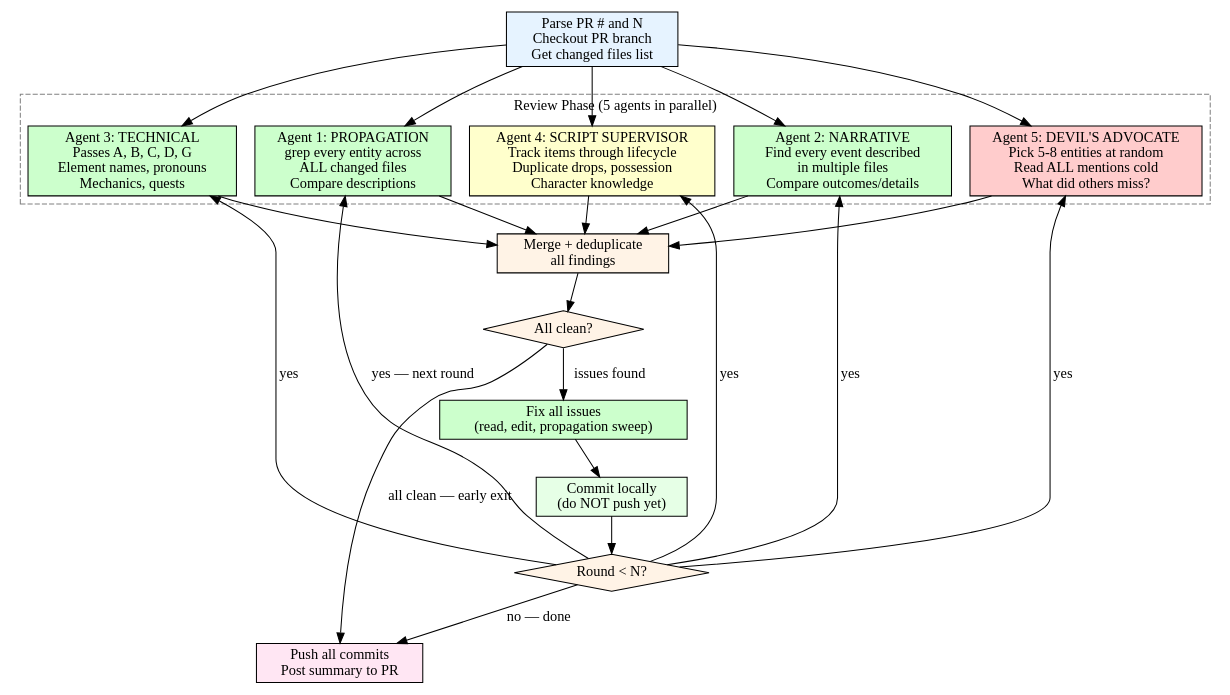
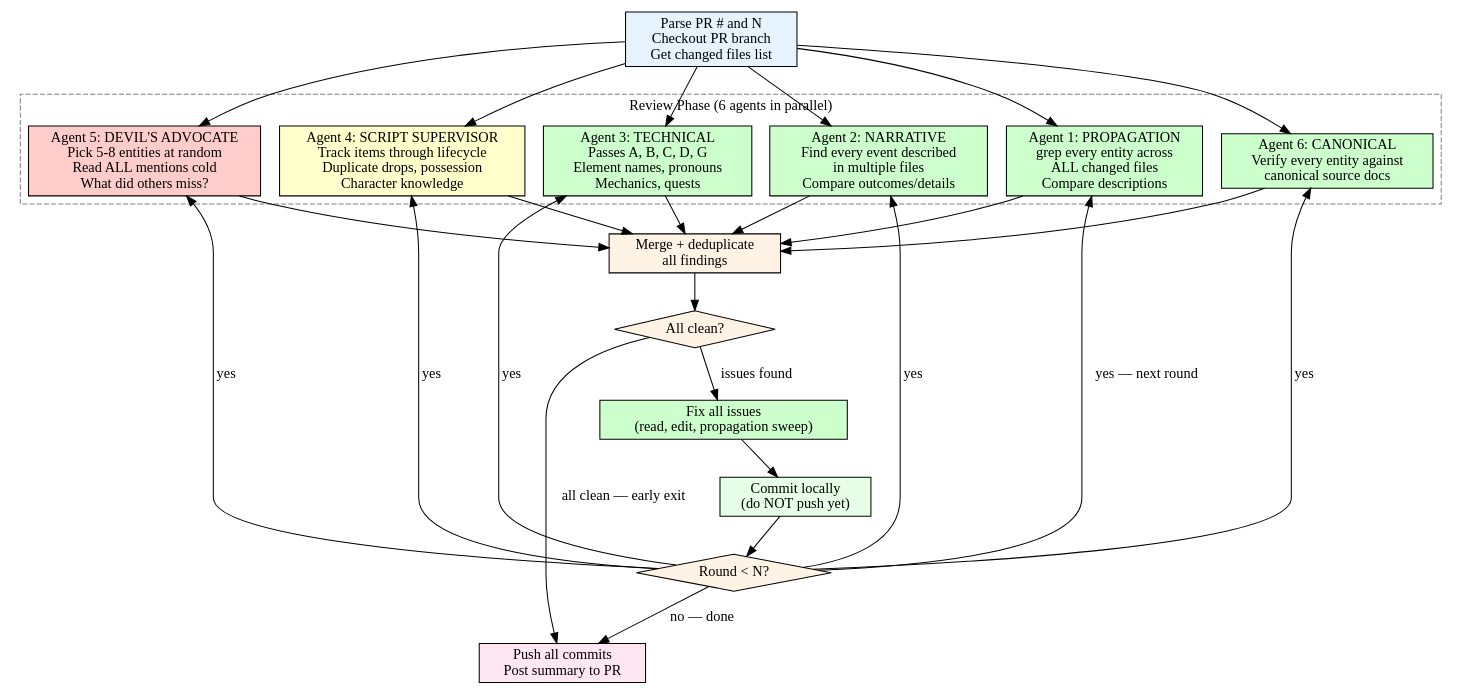
Before and after one commit to gcko/pendulum-of-despair: the diagram in .claude/skills/story-review-loop/SKILL.md, drawn with Graphviz. The commit also changed other lines of this file, not shown here.

First line of the commit message:
refactor(shared): slim story-review-loop SKILL.md to orchestrator

````diff
--- a/.claude/skills/story-review-loop/SKILL.md
+++ b/.claude/skills/story-review-loop/SKILL.md
@@ -68,49 +61,53 @@
 ```dot
 digraph review_loop {
     rankdir=TB;
     node [shape=box, style=filled, fillcolor=lightblue];
 
     start [label="Parse PR # and N\nCheckout PR branch\nGet changed files list", fillcolor="#e6f3ff"];
 
     subgraph cluster_review {
-        label="Review Phase (5 agents in parallel)";
+        label="Review Phase (6 agents in parallel)";
         style=dashed;
         color=grey;
 
         agent1 [label="Agent 1: PROPAGATION\ngrep every entity across\nALL changed files\nCompare descriptions", fillcolor="#ccffcc"];
         agent2 [label="Agent 2: NARRATIVE\nFind every event described\nin multiple files\nCompare outcomes/details", fillcolor="#ccffcc"];
         agent3 [label="Agent 3: TECHNICAL\nPasses A, B, C, D, G\nElement names, pronouns\nMechanics, quests", fillcolor="#ccffcc"];
         agent4 [label="Agent 4: SCRIPT SUPERVISOR\nTrack items through lifecycle\nDuplicate drops, possession\nCharacter knowledge", fillcolor="#ffffcc"];
         agent5 [label="Agent 5: DEVIL'S ADVOCATE\nPick 5-8 entities at random\nRead ALL mentions cold\nWhat did others miss?", fillcolor="#ffcccc"];
+        agent6 [label="Agent 6: CANONICAL\nVerify every entity against\ncanonical source docs", fillcolor="#ccffcc"];
     }
 
     merge [label="Merge + deduplicate\nall findings", fillcolor="#fff3e6"];
     clean [label="All clean?", shape=diamond, fillcolor="#fff3e6"];
     fix [label="Fix all issues\n(read, edit, propagation sweep)", fillcolor="#ccffcc"];
     commit [label="Commit locally\n(do NOT push yet)", fillcolor="#e6ffe6"];
     count [label="Round < N?", shape=diamond, fillcolor="#fff3e6"];
     push [label="Push all commits\nPost summary to PR", fillcolor="#ffe6f3"];
 
     start -> agent1;
     start -> agent2;
     start -> agent3;
     start -> agent4;
     start -> agent5;
+    start -> agent6;
     agent1 -> merge;
     agent2 -> merge;
     agent3 -> merge;
     agent4 -> merge;
     agent5 -> merge;
+    agent6 -> merge;
     merge -> clean;
     clean -> fix [label="issues found"];
     clean -> push [label="all clean — early exit"];
     fix -> commit;
     commit -> count;
     count -> agent1 [label="yes — next round"];
     count -> agent2 [label="yes"];
     count -> agent3 [label="yes"];
     count -> agent4 [label="yes"];
     count -> agent5 [label="yes"];
+    count -> agent6 [label="yes"];
     count -> push [label="no — done"];
 }
 ```
````
